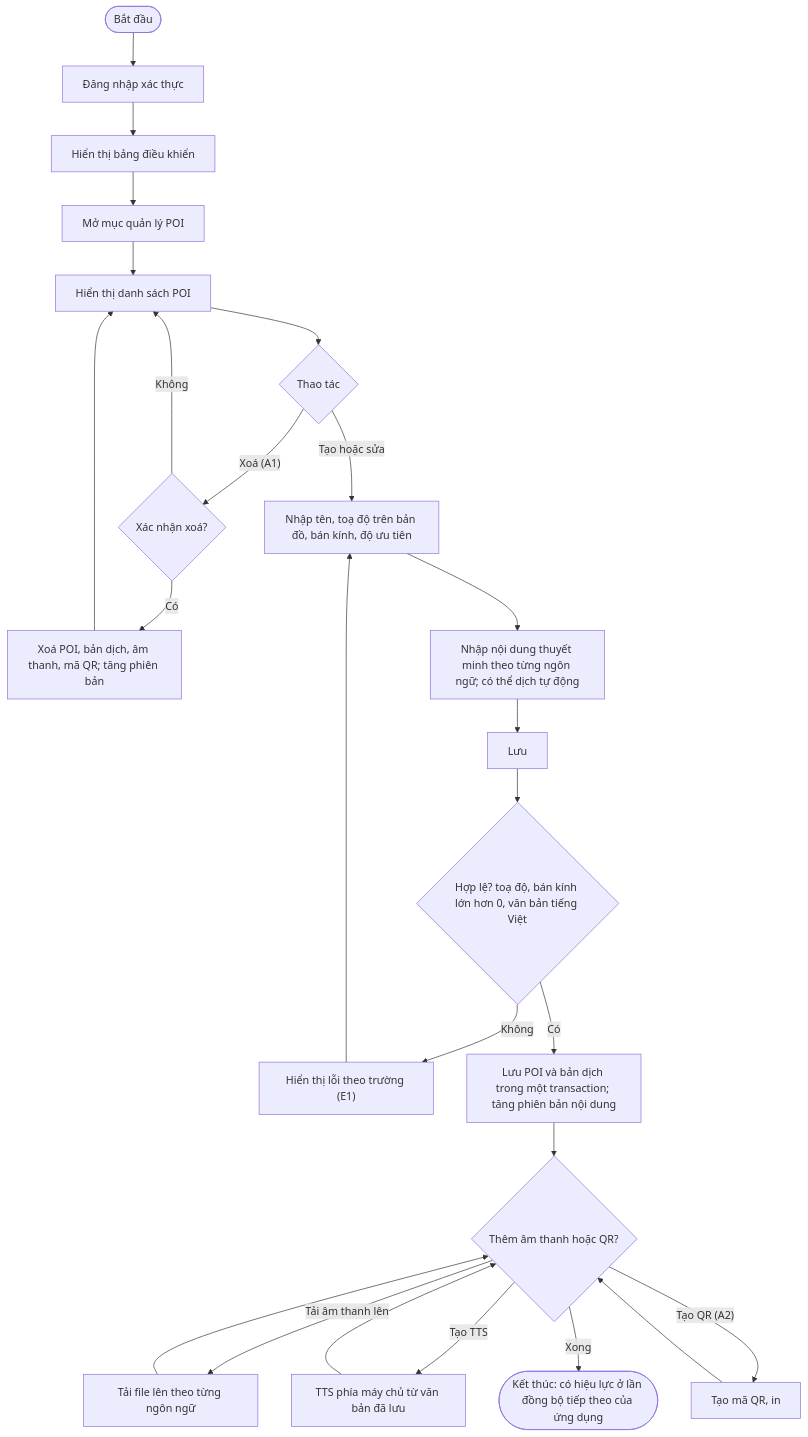
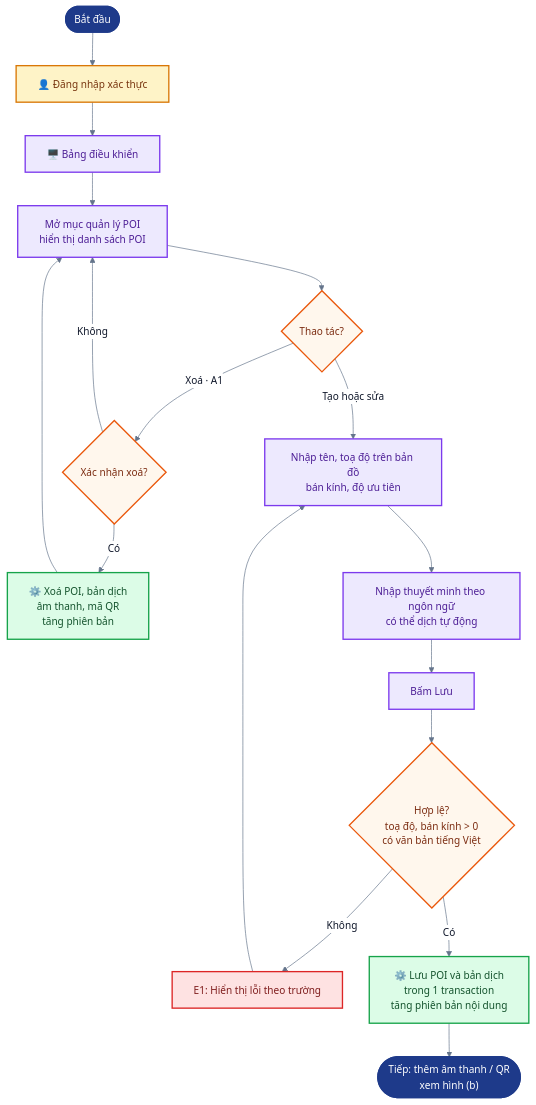
One commit to AiraLeFatale/CongNghePhanMem_Project changed diagram 13 of 28 in docs/02-design.md. Above: the diagram before and after it, drawn with Mermaid. The commit also changed other lines of this file and 181 other files, not shown here.

First line of the commit message:
Thêm sơ đồ trực quan cho mọi mục tài liệu, thống nhất bộ màu

````diff
--- a/docs/02-design.md
+++ b/docs/02-design.md
@@ -406,20 +588,26 @@
 ```mermaid
+%%{init: {"theme":"base","fontFamily":"Helvetica Neue, Arial, sans-serif","themeVariables":{"fontFamily":"Helvetica Neue, Arial, sans-serif","fontSize":"15px","primaryColor":"#EFF6FF","primaryBorderColor":"#3B82F6","primaryTextColor":"#0F172A","lineColor":"#64748B","secondaryColor":"#F0FDF4","tertiaryColor":"#FFFFFF","clusterBkg":"#F8FAFC","clusterBorder":"#CBD5E1","edgeLabelBackground":"#FFFFFF","noteBkgColor":"#FEF9C3","noteBorderColor":"#EAB308","actorBkg":"#DBEAFE","actorBorder":"#2563EB","actorTextColor":"#1E3A8A","signalColor":"#475569","signalTextColor":"#0F172A","labelBoxBkgColor":"#F1F5F9","labelBoxBorderColor":"#94A3B8","activationBkgColor":"#E0F2FE","activationBorderColor":"#0284C7","sequenceNumberColor":"#FFFFFF","pie1":"#16A34A","pie2":"#F59E0B","pie3":"#94A3B8","pie4":"#DC2626","pie5":"#2563EB","pie6":"#7C3AED","pieStrokeColor":"#FFFFFF","pieSectionTextColor":"#FFFFFF","quadrant1Fill":"#FEE2E2","quadrant2Fill":"#FEF3C7","quadrant3Fill":"#DCFCE7","quadrant4Fill":"#FEF3C7","quadrantPointFill":"#1E3A8A","quadrantPointTextFill":"#0F172A","git0":"#1E3A8A","gitBranchLabel0":"#FFFFFF","cScale0":"#DBEAFE","cScale1":"#DCFCE7","cScale2":"#EDE9FE","cScale3":"#FEF3C7","cScale4":"#FFE4E6","cScale5":"#E0F2FE","cScale6":"#F1F5F9"},"flowchart":{"curve":"basis","padding":16,"nodeSpacing":40,"rankSpacing":50},"sequence":{"showSequenceNumbers":true,"mirrorActors":false}}}%%
 flowchart TD
-    S(["Bắt đầu"]) --> LG["Đăng nhập xác thực"]
-    LG --> DB["Hiển thị bảng điều khiển"] --> SEL["Mở mục quản lý POI"] --> LST["Hiển thị danh sách POI"]
-    LST --> ACT{"Thao tác"}
-    ACT -- "Xoá (A1)" --> CF{"Xác nhận xoá?"}
+    S(["Bắt đầu"]):::startend --> LG["👤 Đăng nhập xác thực"]:::actor
+    LG --> DB["🖥️ Bảng điều khiển"]:::cms
+    DB --> LST["Mở mục quản lý POI<br/>hiển thị danh sách POI"]:::cms
+    LST --> ACT{"Thao tác?"}:::decision
+    ACT -- "Xoá · A1" --> CF{"Xác nhận xoá?"}:::decision
     CF -- "Không" --> LST
-    CF -- "Có" --> DEL["Xoá POI, bản dịch, âm thanh, mã QR; tăng phiên bản"] --> LST
-    ACT -- "Tạo hoặc sửa" --> F["Nhập tên, toạ độ trên bản đồ, bán kính, độ ưu tiên"]
-    F --> T["Nhập nội dung thuyết minh theo từng ngôn ngữ; có thể dịch tự động"]
-    T --> SAVE["Lưu"]
-    SAVE --> VAL{"Hợp lệ? toạ độ, bán kính lớn hơn 0, văn bản tiếng Việt"}
-    VAL -- "Không" --> ERR["Hiển thị lỗi theo trường (E1)"] --> F
-    VAL -- "Có" --> STORE["Lưu POI và bản dịch trong một transaction; tăng phiên bản nội dung"]
-    STORE --> OPT{"Thêm âm thanh hoặc QR?"}
-    OPT -- "Tải âm thanh lên" --> UP["Tải file lên theo từng ngôn ngữ"] --> OPT
-    OPT -- "Tạo TTS" --> TTS["TTS phía máy chủ từ văn bản đã lưu"] --> OPT
-    OPT -- "Tạo QR (A2)" --> QR["Tạo mã QR, in"] --> OPT
-    OPT -- "Xong" --> E(["Kết thúc: có hiệu lực ở lần đồng bộ tiếp theo của ứng dụng"])
+    CF -- "Có" --> DEL["⚙️ Xoá POI, bản dịch<br/>âm thanh, mã QR<br/>tăng phiên bản"]:::backend
+    DEL --> LST
+    ACT -- "Tạo hoặc sửa" --> F["Nhập tên, toạ độ trên bản đồ<br/>bán kính, độ ưu tiên"]:::cms
+    F --> T["Nhập thuyết minh theo ngôn ngữ<br/>có thể dịch tự động"]:::cms
+    T --> SAVE["Bấm Lưu"]:::cms
+    SAVE --> VAL{"Hợp lệ?<br/>toạ độ, bán kính > 0<br/>có văn bản tiếng Việt"}:::decision
+    VAL -- "Không" --> ERR["E1: Hiển thị lỗi theo trường"]:::bad
+    ERR --> F
+    VAL -- "Có" --> STORE["⚙️ Lưu POI và bản dịch<br/>trong 1 transaction<br/>tăng phiên bản nội dung"]:::backend
+    STORE --> NEXT(["Tiếp: thêm âm thanh / QR<br/>xem hình (b)"]):::startend
+    classDef actor fill:#FEF3C7,stroke:#D97706,stroke-width:2px,color:#78350F
+    classDef cms fill:#EDE9FE,stroke:#7C3AED,stroke-width:2px,color:#4C1D95
+    classDef backend fill:#DCFCE7,stroke:#16A34A,stroke-width:2px,color:#14532D
+    classDef decision fill:#FFF7ED,stroke:#EA580C,stroke-width:2px,color:#7C2D12
+    classDef startend fill:#1E3A8A,stroke:#1E3A8A,stroke-width:2px,color:#FFFFFF
+    classDef bad fill:#FEE2E2,stroke:#DC2626,stroke-width:2px,color:#7F1D1D
 ```
````
